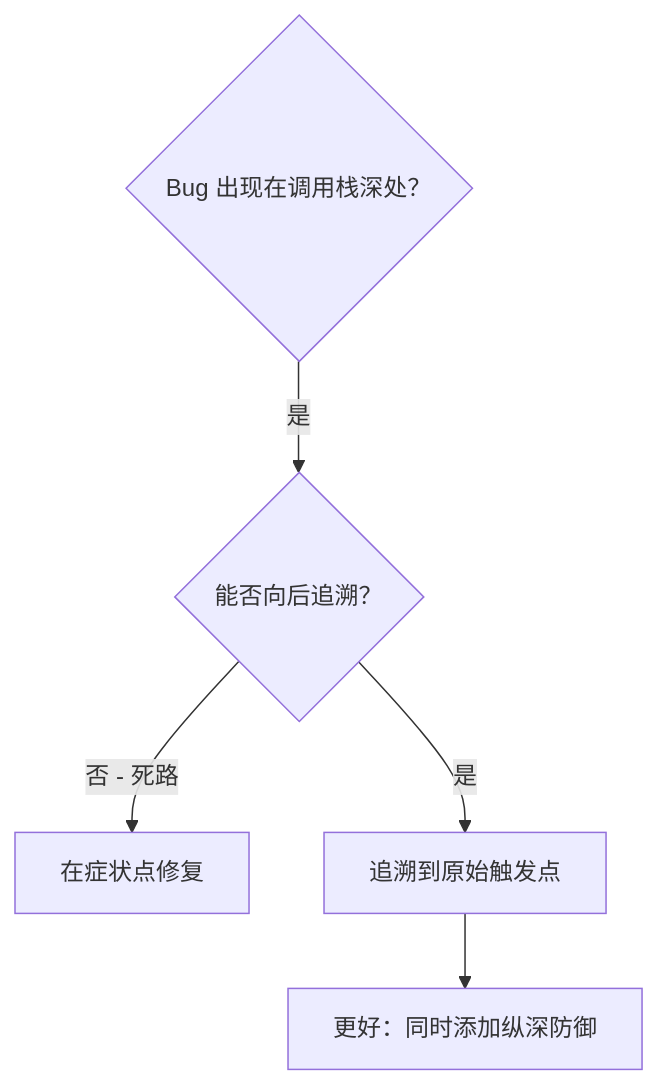
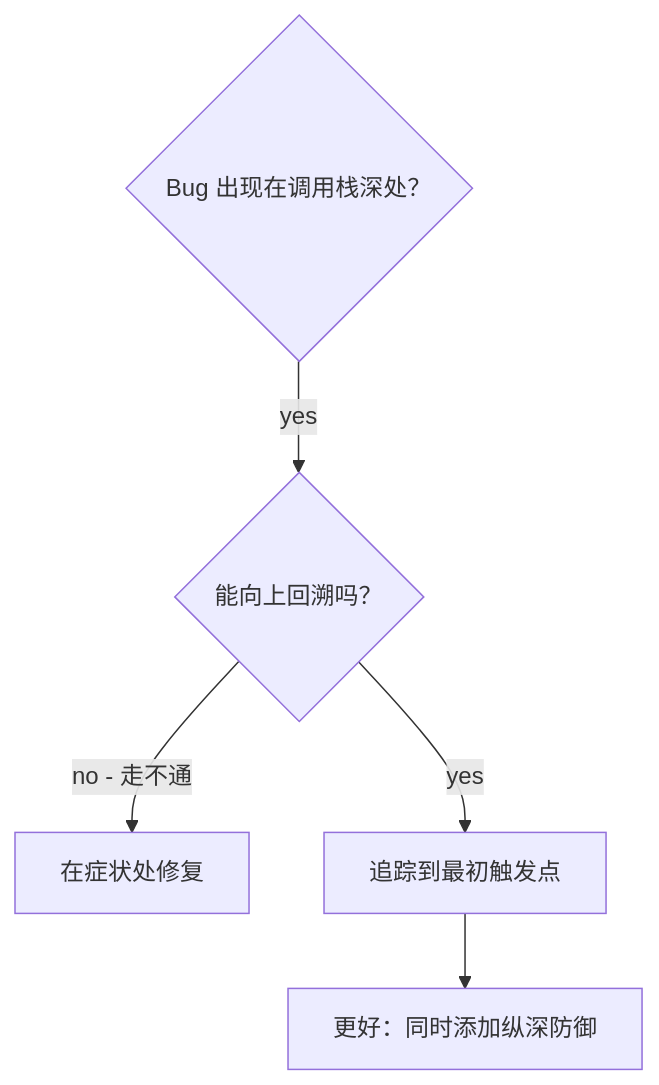
One commit to zhliner/aiTips changed the first of 2 diagrams in superpowers/skills/systematic-debugging/root-cause-tracing_cn.md. Above: the diagram before and after it, drawn with Mermaid. The commit also changed other lines of this file and 35 other files, not shown here.

````diff
--- a/superpowers/skills/systematic-debugging/root-cause-tracing_cn.md
+++ b/superpowers/skills/systematic-debugging/root-cause-tracing_cn.md
@@ -11,13 +11,13 @@
 ```mermaid
 flowchart TD
-    A{Bug 出现在调用栈深处？}
-    B{能否向后追溯？}
-    C[在症状点修复]
-    D[追溯到原始触发点]
-    E[更好：同时添加纵深防御]
+    A{"Bug 出现在调用栈深处？"}
+    B{"能向上回溯吗？"}
+    C["在症状处修复"]
+    D["追踪到最初触发点"]
+    E["更好：同时添加纵深防御"]
 
-    A -->|是| B
-    B -->|是| D
-    B -->|否 - 死路| C
+    A -->|yes| B
+    B -->|yes| D
+    B -->|"no - 走不通"| C
     D --> E
 ```
````
